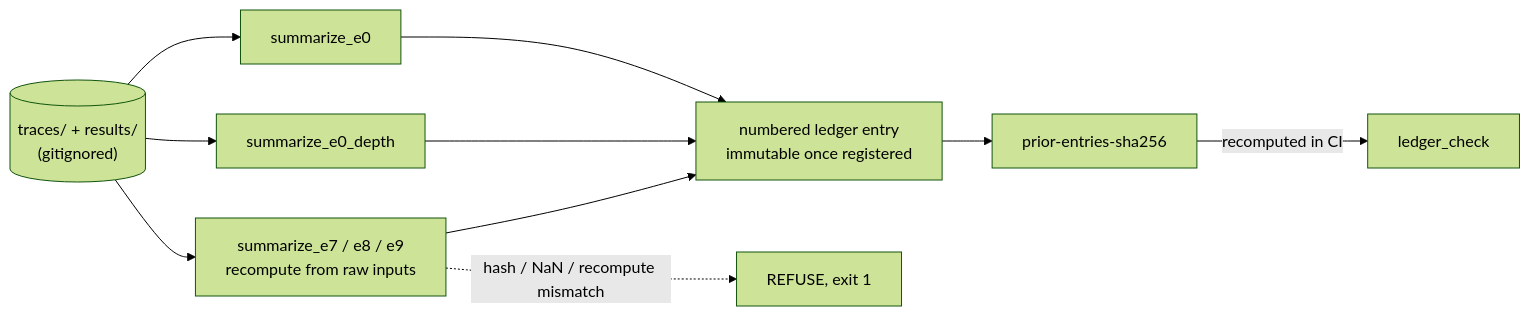
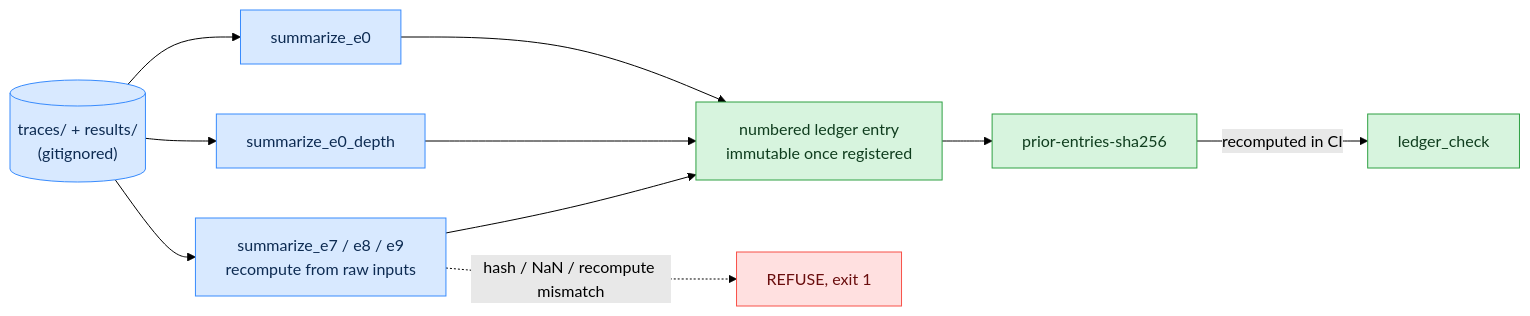
Before and after one commit to hossainpazooki/linear-ceiling: the second of 7 diagrams in README.md, drawn with Mermaid (forest theme). The commit also changed other lines of this file, not shown here.

````diff
--- a/README.md
+++ b/README.md
@@ -66,11 +79,17 @@
 ```mermaid
 flowchart LR
     RAW[("traces/ + results/<br/>(gitignored)")] --> S1[summarize_e0]
     RAW --> S2[summarize_e0_depth]
     RAW --> S3[summarize_e7 / e8 / e9<br/>recompute from raw inputs]
     S1 --> E[numbered ledger entry<br/>immutable once registered]
     S2 --> E
     S3 --> E
     S3 -.->|hash / NaN / recompute mismatch| REF[REFUSE, exit 1]
     E --> H[prior-entries-sha256] -->|recomputed in CI| LC[ledger_check]
+    classDef store fill:#d8e9ff,stroke:#388bfd,color:#0d2b52;
+    classDef ok fill:#d7f4de,stroke:#2ea043,color:#0f3d1e;
+    classDef halt fill:#ffe0e0,stroke:#f85149,color:#6a0d0d;
+    class RAW,S1,S2,S3 store;
+    class E,H,LC ok;
+    class REF halt;
 ```
````
